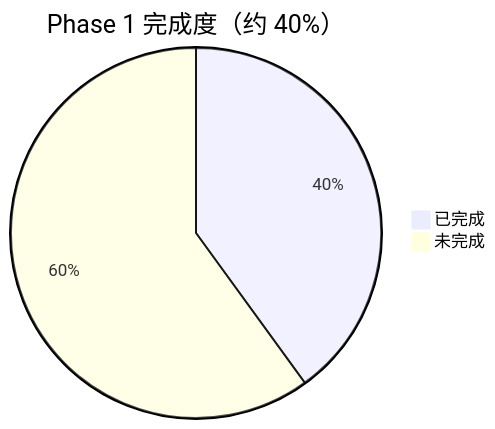
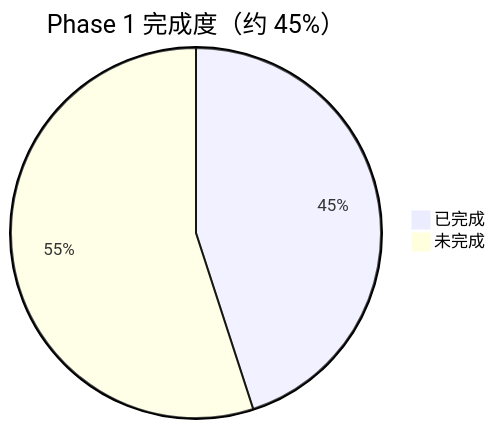
Before and after one commit to LingByte/LingVoice: the fifth of 6 diagrams in docs/11-current-flow-and-status.md, drawn with Mermaid. The commit also changed other lines of this file and 1 other file, not shown here.

````diff
--- a/docs/11-current-flow-and-status.md
+++ b/docs/11-current-flow-and-status.md
@@ -186,5 +200,5 @@
 ```mermaid
-pie title Phase 1 完成度（约 40%）
-    "已完成" : 40
-    "未完成" : 60
+pie title Phase 1 完成度（约 45%）
+    "已完成" : 45
+    "未完成" : 55
 ```
````
